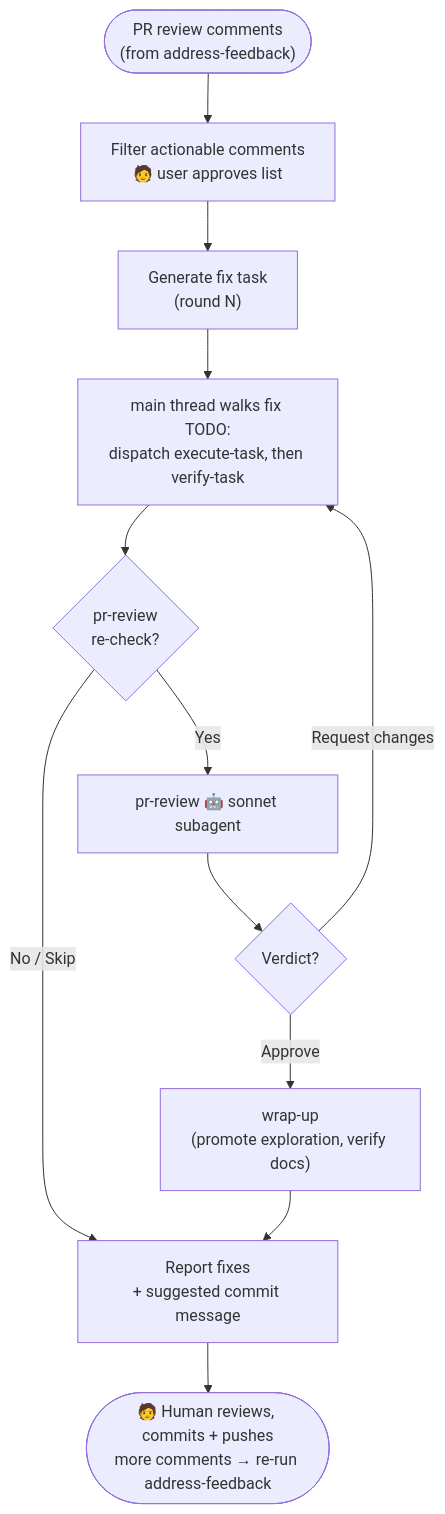
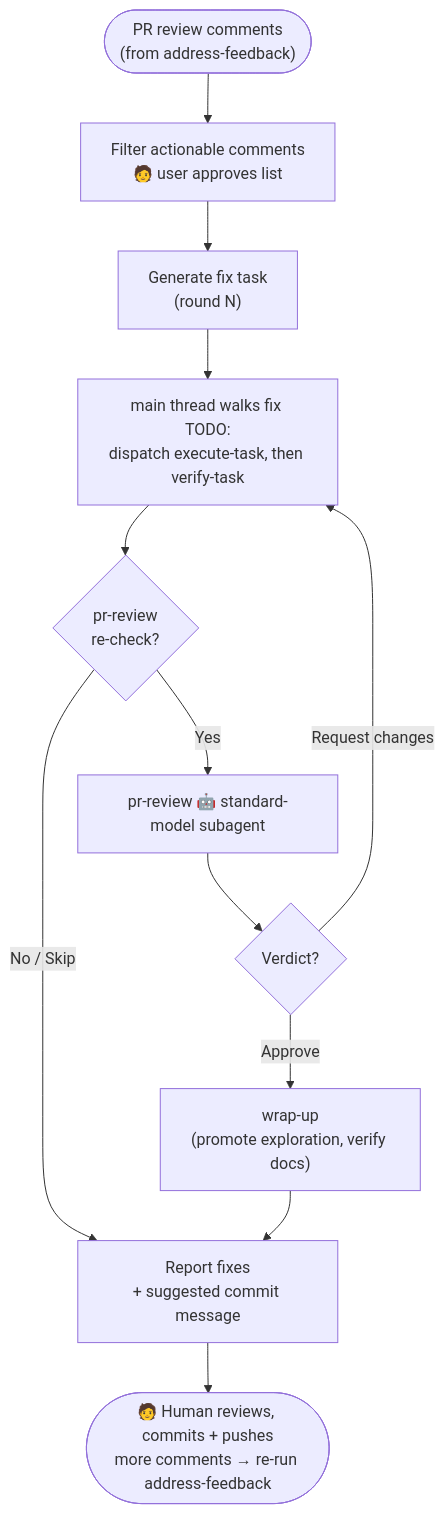
One commit to precise-alloy/ritus changed the fifth of 8 diagrams in docs/WORKFLOW_DIAGRAMS.md. Above: the diagram before and after it, drawn with Mermaid. The commit also changed other lines of this file and 6 other files, not shown here.

````diff
--- a/docs/WORKFLOW_DIAGRAMS.md
+++ b/docs/WORKFLOW_DIAGRAMS.md
@@ -186,14 +186,14 @@
 ```mermaid
 flowchart TD
     Start(["PR review comments\n(from address-feedback)"]) --> AFFilter["Filter actionable comments\n🧑 user approves list"]
     AFFilter --> AFTask["Generate fix task\n(round N)"]
     AFTask --> AFExec["main thread walks fix TODO:\ndispatch execute-task, then verify-task"]
     AFExec --> AFRecheck{"pr-review\nre-check?"}
-    AFRecheck -->|"Yes"| AFReview["pr-review 🤖 sonnet subagent"]
+    AFRecheck -->|"Yes"| AFReview["pr-review 🤖 standard-model subagent"]
     AFReview --> AFVerdict{"Verdict?"}
     AFVerdict -->|"Approve"| AFWrapUp["wrap-up\n(promote exploration, verify docs)"]
     AFVerdict -->|"Request changes"| AFExec
     AFRecheck -->|"No / Skip"| AFCommit["Report fixes\n+ suggested commit message"]
     AFWrapUp --> AFCommit
     AFCommit --> AFDone(["🧑 Human reviews, commits + pushes\nmore comments → re-run address-feedback"])
 ```
````
